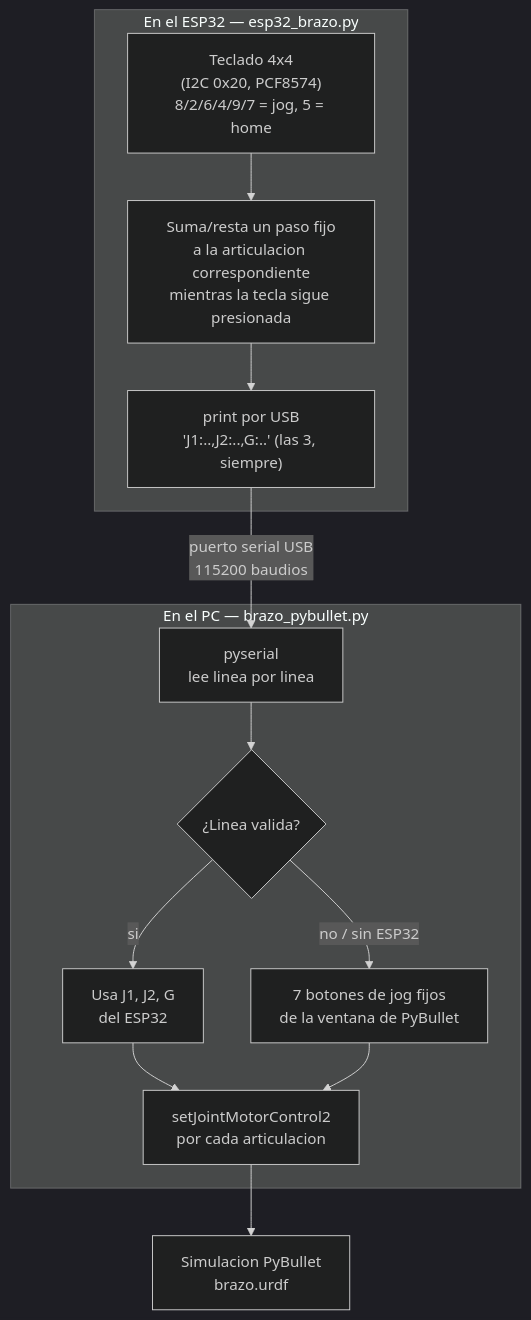
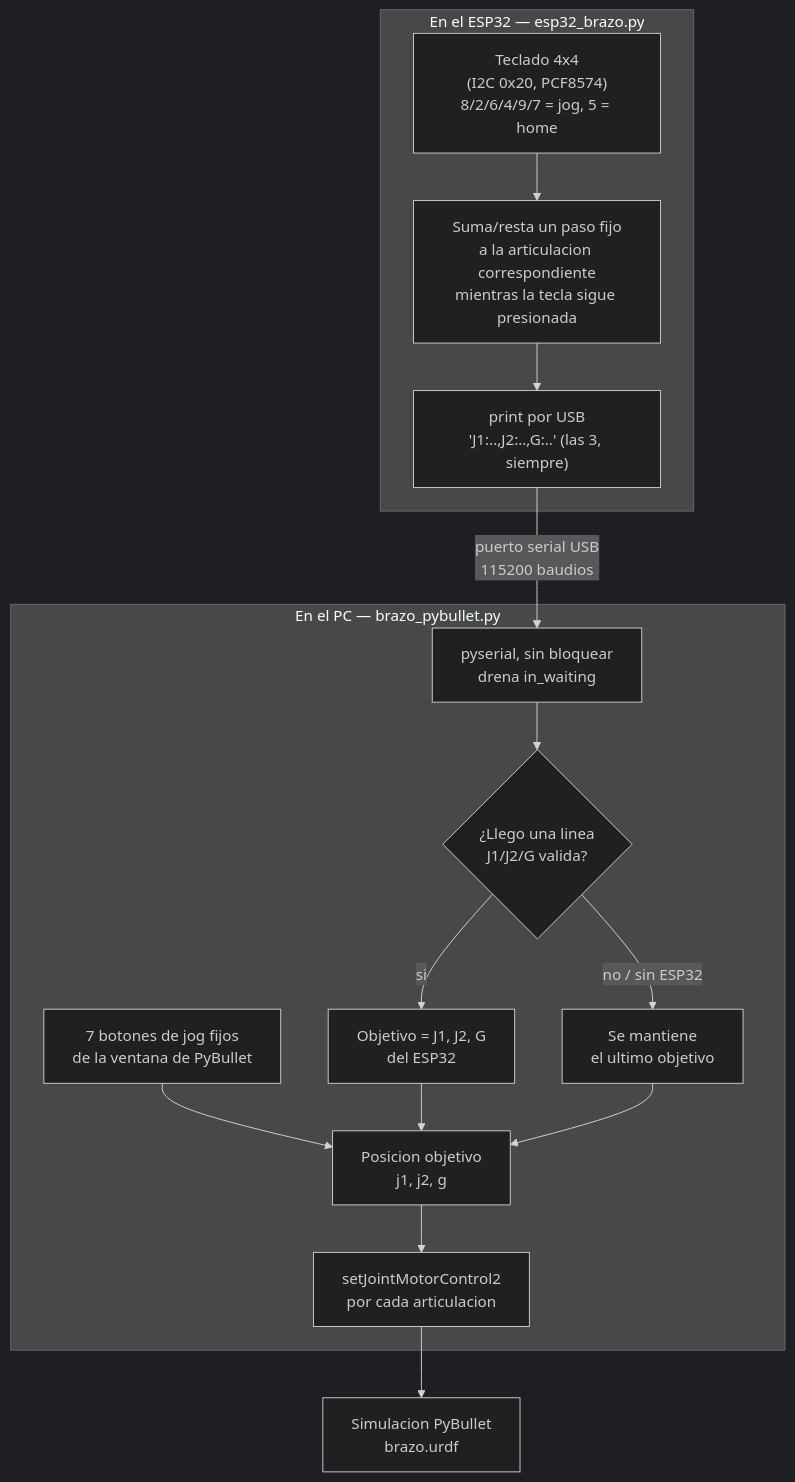
One commit to Dathinel/Sensores-Teoria changed the first of 2 diagrams in 7-brazo-robotico-urdf/README.md. Above: the diagram before and after it, drawn with Mermaid (dark theme). The commit also changed other lines of this file and 72 other files, not shown here.

````diff
--- a/7-brazo-robotico-urdf/README.md
+++ b/7-brazo-robotico-urdf/README.md
@@ -28,19 +34,21 @@
 ```mermaid
 flowchart TD
     subgraph ESP["En el ESP32 — esp32_brazo.py"]
         Teclado["Teclado 4x4<br/>(I2C 0x20, PCF8574)<br/>8/2/6/4/9/7 = jog, 5 = home"] --> Actualiza["Suma/resta un paso fijo<br/>a la articulacion correspondiente<br/>mientras la tecla sigue presionada"]
         Actualiza --> Envia["print por USB<br/>'J1:..,J2:..,G:..' (las 3, siempre)"]
     end
 
     Envia -->|"puerto serial USB<br/>115200 baudios"| Recibe
 
     subgraph PC["En el PC — brazo_pybullet.py"]
-        Recibe["pyserial<br/>lee linea por linea"] --> Valido{"¿Linea valida?"}
-        Valido -->|"si"| UsaESP["Usa J1, J2, G<br/>del ESP32"]
-        Valido -->|"no / sin ESP32"| UsaBotones["7 botones de jog fijos<br/>de la ventana de PyBullet"]
-        UsaESP --> Mueve["setJointMotorControl2<br/>por cada articulacion"]
-        UsaBotones --> Mueve
+        Recibe["pyserial, sin bloquear<br/>drena in_waiting"] --> Valido{"¿Llego una linea<br/>J1/J2/G valida?"}
+        Valido -->|"si"| UsaESP["Objetivo = J1, J2, G<br/>del ESP32"]
+        Valido -->|"no / sin ESP32"| Mantiene["Se mantiene<br/>el ultimo objetivo"]
+        UsaBotones["7 botones de jog fijos<br/>de la ventana de PyBullet"] --> Objetivo
+        UsaESP --> Objetivo["Posicion objetivo<br/>j1, j2, g"]
+        Mantiene --> Objetivo
+        Objetivo --> Mueve["setJointMotorControl2<br/>por cada articulacion"]
     end
 
     Mueve --> Sim["Simulacion PyBullet<br/>brazo.urdf"]
 ```
````
